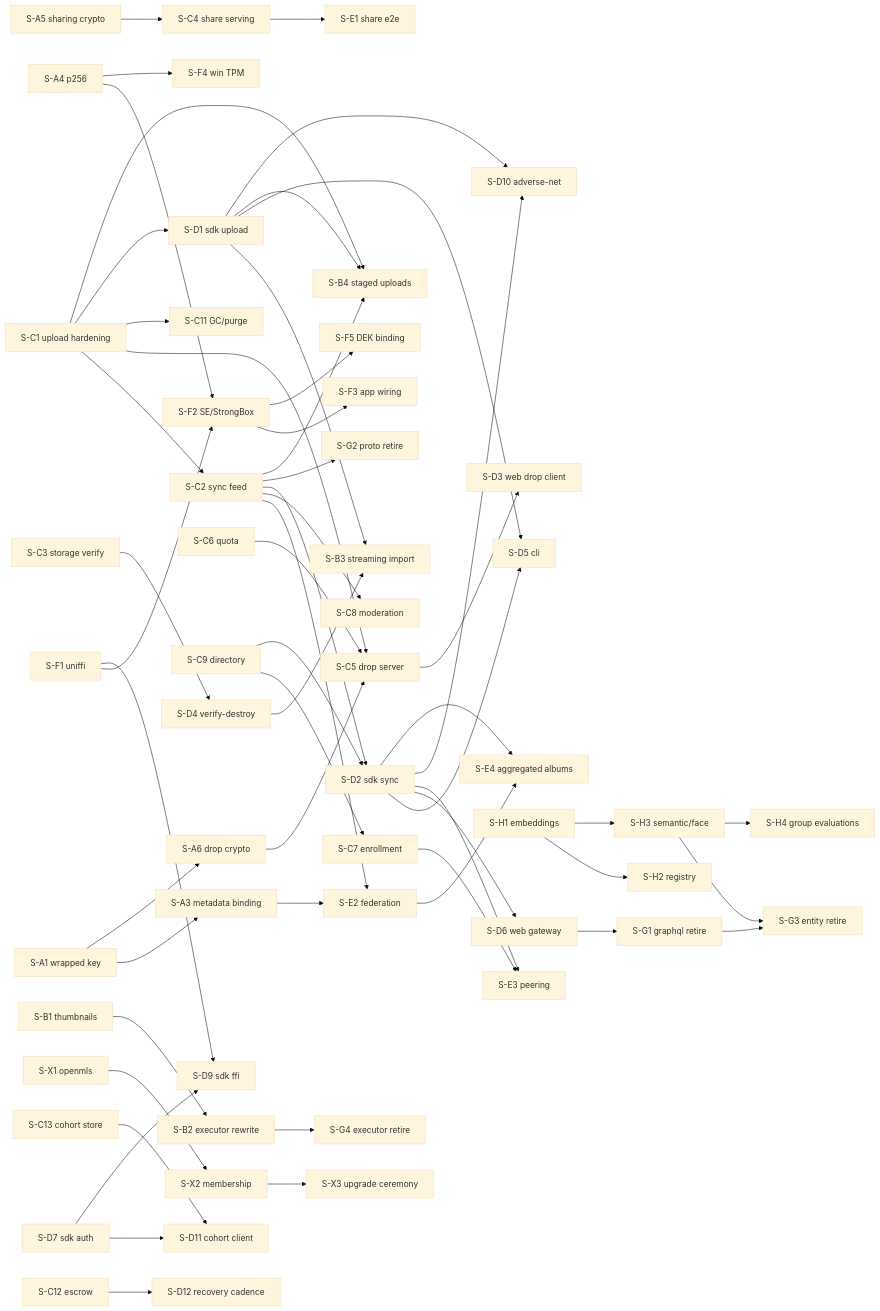
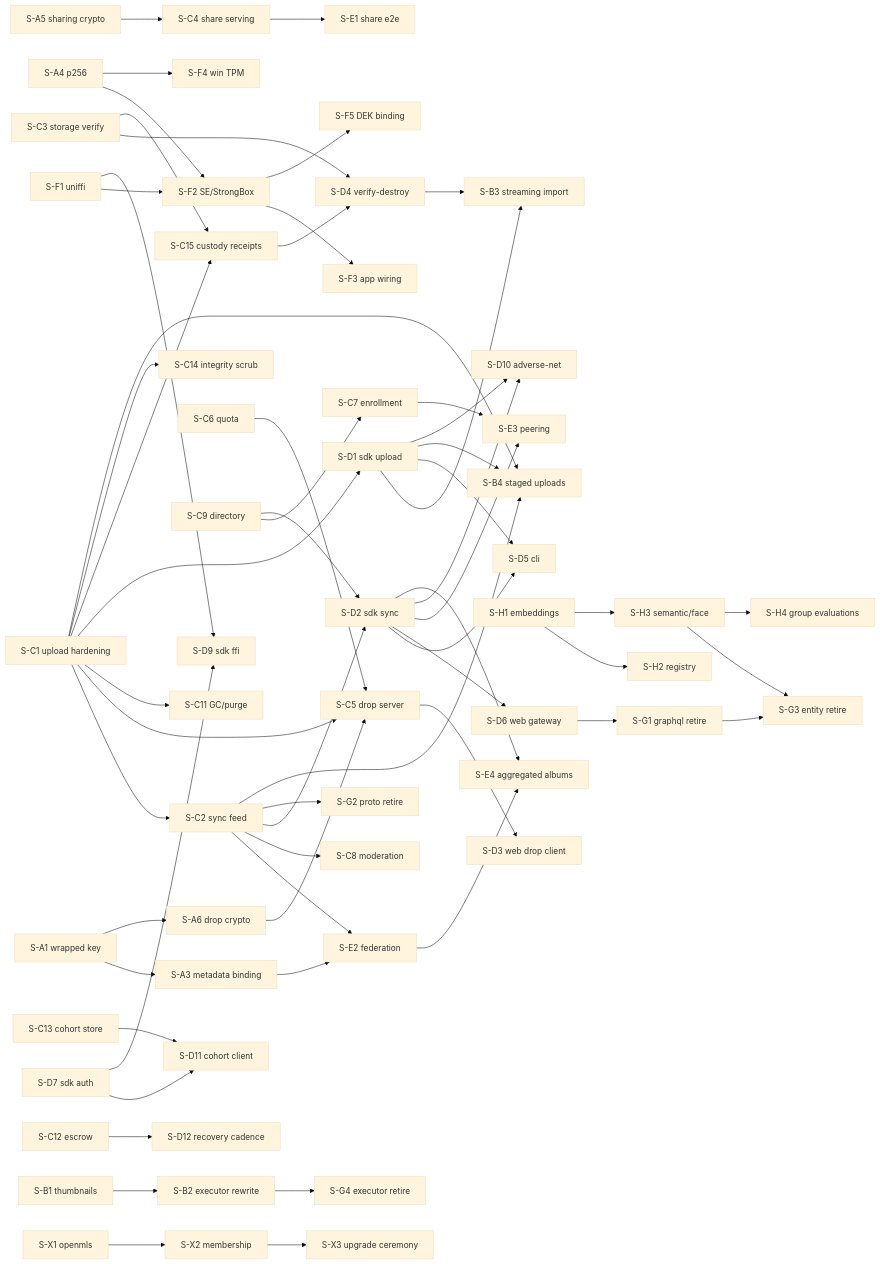
The diagram in SLICES.md (Capsulsaurus/Capsule), drawn with Mermaid (base theme) before and after one commit. The commit also changed other lines of this file and 13 other files, not shown here.

````diff
--- a/SLICES.md
+++ b/SLICES.md
@@ -127,41 +128,45 @@
 ```mermaid
 graph LR
   A1[S-A1 wrapped key] --> A3[S-A3 metadata binding] --> E2[S-E2 federation]
   A1 --> A6[S-A6 drop crypto] --> C5[S-C5 drop server] --> D3[S-D3 web drop client]
   A5[S-A5 sharing crypto] --> C4[S-C4 share serving] --> E1[S-E1 share e2e]
   A4[S-A4 p256] --> F2[S-F2 SE/StrongBox] --> F3[S-F3 app wiring]
   F1[S-F1 uniffi] --> F2
   F2 --> F5[S-F5 DEK binding]
   A4 --> F4[S-F4 win TPM]
   C1[S-C1 upload hardening] --> C2[S-C2 sync feed] --> E2
   C1 --> C5
   C1 --> C11[S-C11 GC/purge]
   C1 --> D1[S-D1 sdk upload]
   C2 --> C8[S-C8 moderation]
   C2 --> D2[S-D2 sdk sync] --> D5[S-D5 cli]
   C2 --> G2[S-G2 proto retire]
   C6[S-C6 quota] --> C5
   C9[S-C9 directory] --> C7[S-C7 enrollment] --> E3[S-E3 peering]
   C9 --> D2 --> D6[S-D6 web gateway] --> G1[S-G1 graphql retire] --> G3[S-G3 entity retire]
   C3[S-C3 storage verify] --> D4[S-D4 verify-destroy] --> B3[S-B3 streaming import]
+  C1 --> C15[S-C15 custody receipts]
+  C3 --> C15
+  C15 --> D4
+  C1 --> C14[S-C14 integrity scrub]
   D1 --> B3
   D1 --> D5
   D2 --> E3
   B1[S-B1 thumbnails] --> B2[S-B2 executor rewrite] --> G4[S-G4 executor retire]
   H1[S-H1 embeddings] --> H2[S-H2 registry]
   H1 --> H3[S-H3 semantic/face] --> G3
   X1[S-X1 openmls] --> X2[S-X2 membership] --> X3[S-X3 upgrade ceremony]
   C1 --> B4[S-B4 staged uploads]
   C2 --> B4
   D1 --> B4
   D1 --> D10[S-D10 adverse-net]
   D2 --> D10
   C13[S-C13 cohort store] --> D11[S-D11 cohort client]
   D7[S-D7 sdk auth] --> D11
   D7 --> D9[S-D9 sdk ffi]
   F1 --> D9
   C12[S-C12 escrow] --> D12[S-D12 recovery cadence]
   E2 --> E4[S-E4 aggregated albums]
   D2 --> E4
   H3 --> H4[S-H4 group evaluations]
 ```
````
